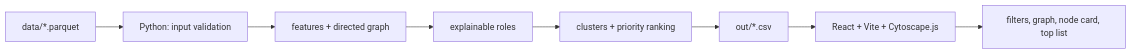
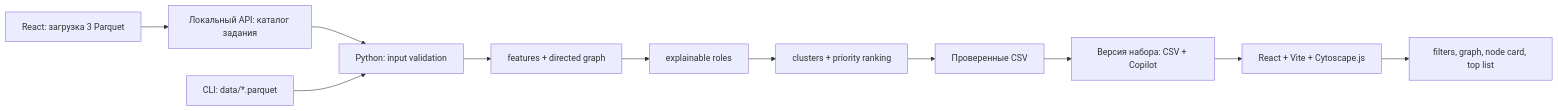
Before and after one commit to BAITC-Hacks/hack-a7ea453a-taymas-solutions: the diagram in README.md, drawn with Mermaid. The commit also changed other lines of this file and 26 other files, not shown here.

Commit message:
feat(PAN-58): upload Parquet and publish versioned graph snapshots

````diff
--- a/README.md
+++ b/README.md
@@ -219,10 +251,13 @@
 ```mermaid
 flowchart LR
-  A[data/*.parquet] --> B[Python: input validation]
+  U[React: загрузка 3 Parquet] --> S[Локальный API: каталог задания]
+  S --> B[Python: input validation]
+  A[CLI: data/*.parquet] --> B
   B --> C[features + directed graph]
   C --> D[explainable roles]
   D --> E[clusters + priority ranking]
-  E --> F[out/*.csv]
-  F --> G[React + Vite + Cytoscape.js]
+  E --> F[Проверенные CSV]
+  F --> V[Версия набора: CSV + Copilot]
+  V --> G[React + Vite + Cytoscape.js]
   G --> H[filters, graph, node card, top list]
 ```
````
